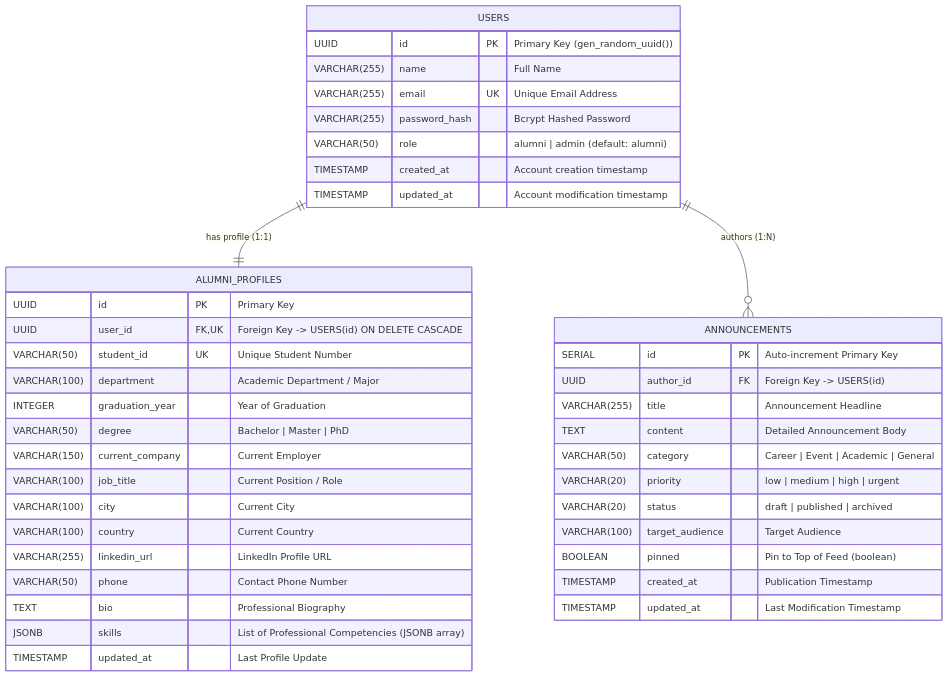
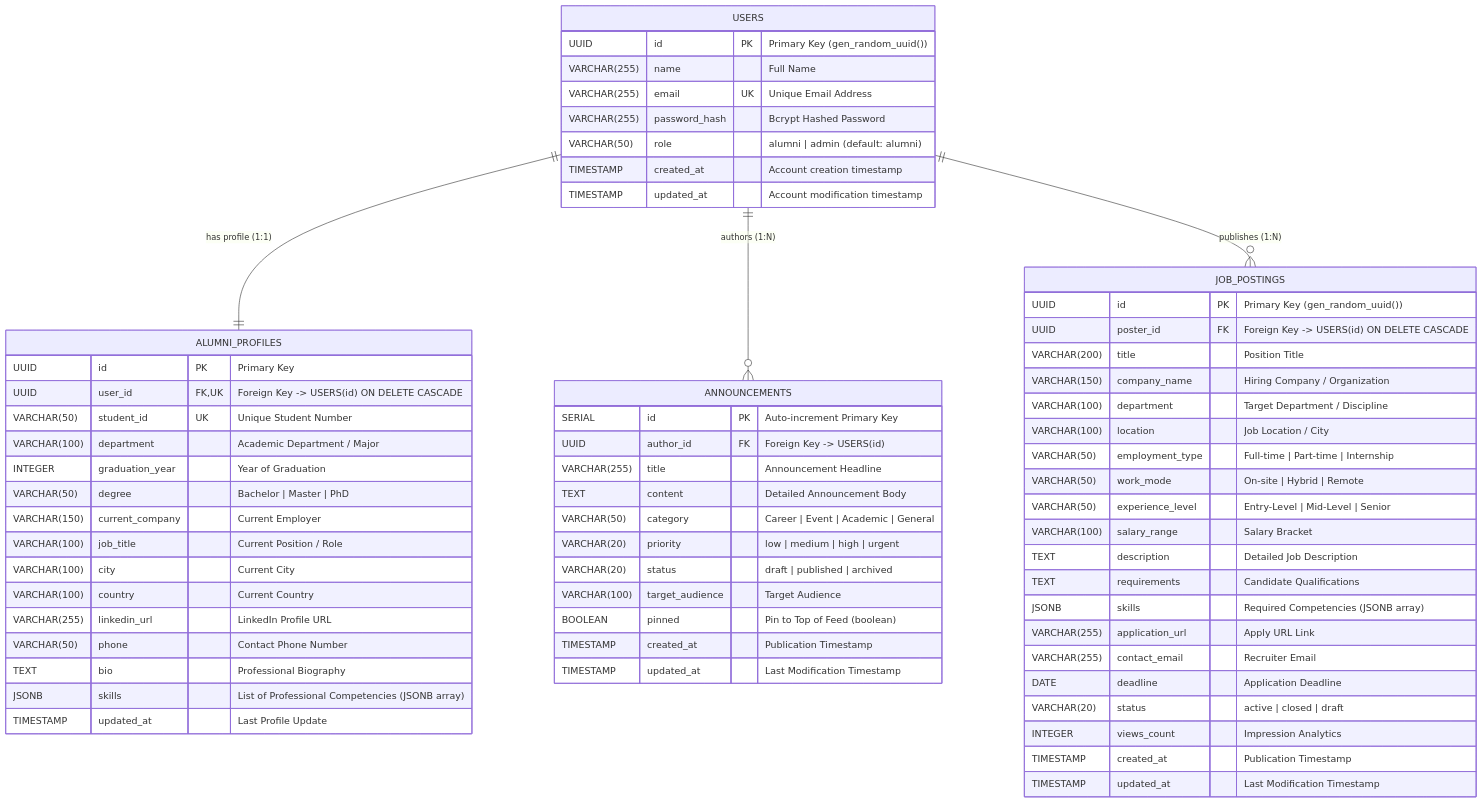
One commit to mehmetrasid0/Alumni changed the fourth of 4 diagrams in README.md. Above: the diagram before and after it, drawn with Mermaid. The commit also changed other lines of this file and 2 other files, not shown here.

Commit message:
docs(ddd): synchronize CDM, LDM, DDL and README milestones reflecting pure M:N career architecture

````diff
--- a/README.md
+++ b/README.md
@@ -553,47 +661,71 @@
 ```mermaid
 erDiagram
     USERS ||--|| ALUMNI_PROFILES : "has profile (1:1)"
     USERS ||--o{ ANNOUNCEMENTS : "authors (1:N)"
+    USERS ||--o{ JOB_POSTINGS : "publishes (1:N)"
 
     USERS {
         UUID id PK "Primary Key (gen_random_uuid())"
         VARCHAR(255) name "Full Name"
         VARCHAR(255) email UK "Unique Email Address"
         VARCHAR(255) password_hash "Bcrypt Hashed Password"
         VARCHAR(50) role "alumni | admin (default: alumni)"
         TIMESTAMP created_at "Account creation timestamp"
         TIMESTAMP updated_at "Account modification timestamp"
     }
 
     ALUMNI_PROFILES {
         UUID id PK "Primary Key"
         UUID user_id FK,UK "Foreign Key -> USERS(id) ON DELETE CASCADE"
         VARCHAR(50) student_id UK "Unique Student Number"
         VARCHAR(100) department "Academic Department / Major"
         INTEGER graduation_year "Year of Graduation"
         VARCHAR(50) degree "Bachelor | Master | PhD"
         VARCHAR(150) current_company "Current Employer"
         VARCHAR(100) job_title "Current Position / Role"
         VARCHAR(100) city "Current City"
         VARCHAR(100) country "Current Country"
         VARCHAR(255) linkedin_url "LinkedIn Profile URL"
         VARCHAR(50) phone "Contact Phone Number"
         TEXT bio "Professional Biography"
         JSONB skills "List of Professional Competencies (JSONB array)"
         TIMESTAMP updated_at "Last Profile Update"
     }
 
     ANNOUNCEMENTS {
         SERIAL id PK "Auto-increment Primary Key"
         UUID author_id FK "Foreign Key -> USERS(id)"
         VARCHAR(255) title "Announcement Headline"
         TEXT content "Detailed Announcement Body"
         VARCHAR(50) category "Career | Event | Academic | General"
         VARCHAR(20) priority "low | medium | high | urgent"
         VARCHAR(20) status "draft | published | archived"
         VARCHAR(100) target_audience "Target Audience"
         BOOLEAN pinned "Pin to Top of Feed (boolean)"
         TIMESTAMP created_at "Publication Timestamp"
         TIMESTAMP updated_at "Last Modification Timestamp"
     }
+
+    JOB_POSTINGS {
+        UUID id PK "Primary Key (gen_random_uuid())"
+        UUID poster_id FK "Foreign Key -> USERS(id) ON DELETE CASCADE"
+        VARCHAR(200) title "Position Title"
+        VARCHAR(150) company_name "Hiring Company / Organization"
+        VARCHAR(100) department "Target Department / Discipline"
+        VARCHAR(100) location "Job Location / City"
+        VARCHAR(50) employment_type "Full-time | Part-time | Internship"
+        VARCHAR(50) work_mode "On-site | Hybrid | Remote"
+        VARCHAR(50) experience_level "Entry-Level | Mid-Level | Senior"
+        VARCHAR(100) salary_range "Salary Bracket"
+        TEXT description "Detailed Job Description"
+        TEXT requirements "Candidate Qualifications"
+        JSONB skills "Required Competencies (JSONB array)"
+        VARCHAR(255) application_url "Apply URL Link"
+        VARCHAR(255) contact_email "Recruiter Email"
+        DATE deadline "Application Deadline"
+        VARCHAR(20) status "active | closed | draft"
+        INTEGER views_count "Impression Analytics"
+        TIMESTAMP created_at "Publication Timestamp"
+        TIMESTAMP updated_at "Last Modification Timestamp"
+    }
 ```
````
